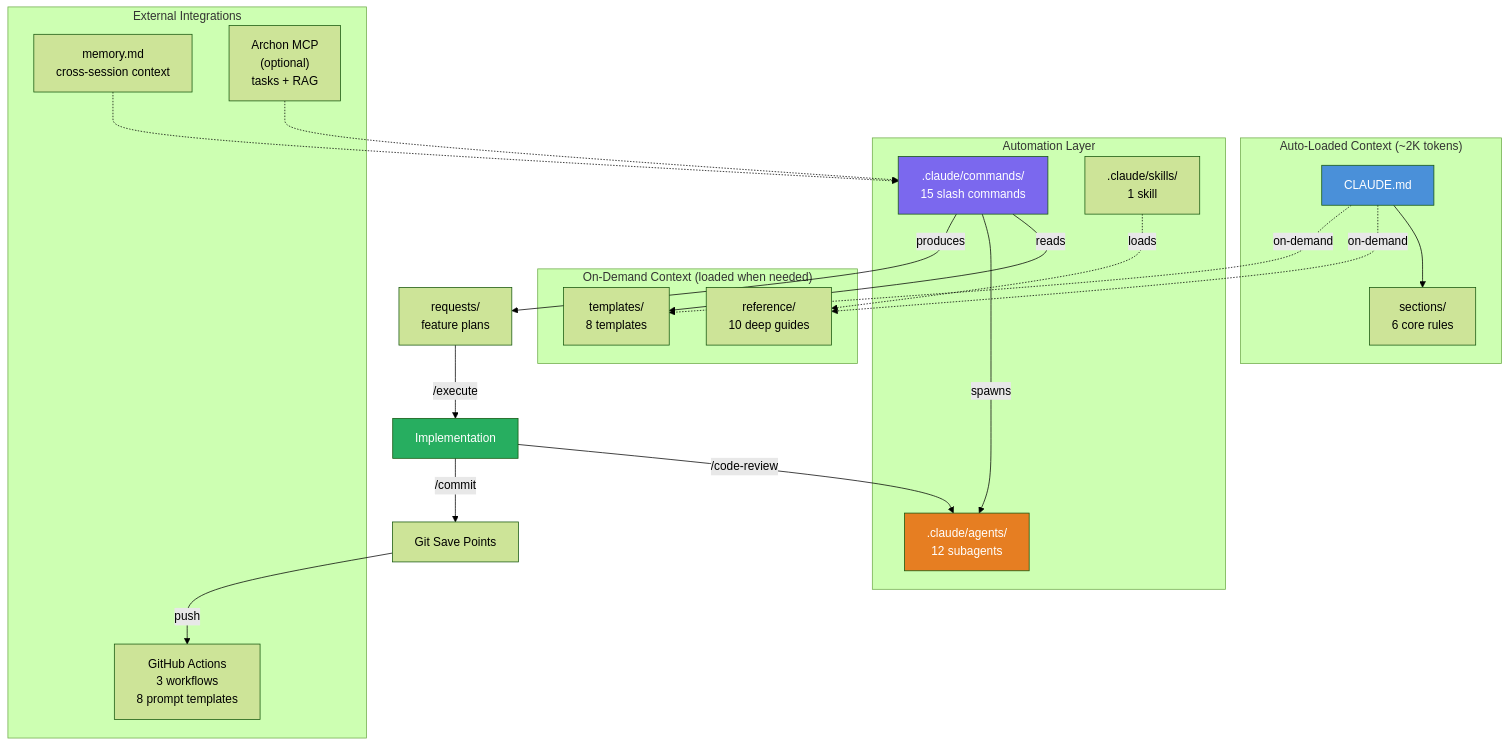
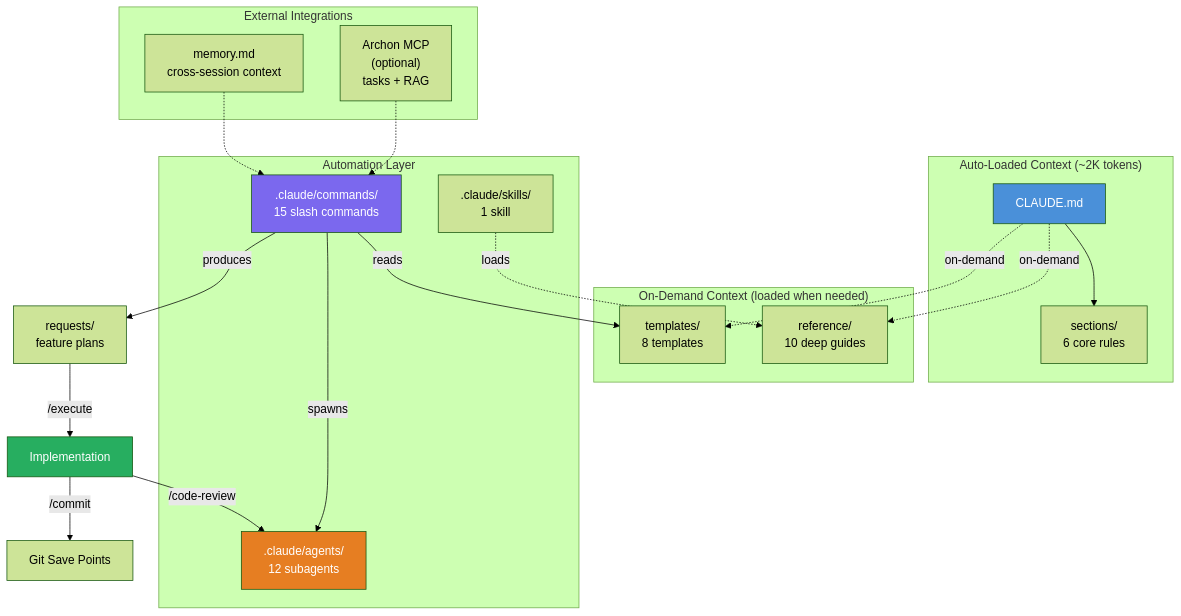
The third of 8 diagrams in README.md (ryanjosebrosas/original-coding-system-claude), drawn with Mermaid (forest theme) before and after one commit. The commit also changed other lines of this file, not shown here.

````diff
--- a/README.md
+++ b/README.md
@@ -147,41 +146,39 @@
 ```mermaid
 graph TD
     subgraph "Auto-Loaded Context (~2K tokens)"
         CLAUDE["CLAUDE.md"] --> S["sections/<br/>6 core rules"]
     end
 
     subgraph "On-Demand Context (loaded when needed)"
         R["reference/<br/>10 deep guides"]
         T["templates/<br/>8 templates"]
     end
 
     subgraph "Automation Layer"
         CMD[".claude/commands/<br/>15 slash commands"]
         AG[".claude/agents/<br/>12 subagents"]
         SK[".claude/skills/<br/>1 skill"]
     end
 
     subgraph "External Integrations"
         MEM["memory.md<br/>cross-session context"]
         ARCHON["Archon MCP<br/>(optional)<br/>tasks + RAG"]
-        GH["GitHub Actions<br/>3 workflows<br/>8 prompt templates"]
     end
 
     CLAUDE -.->|"on-demand"| R
     CLAUDE -.->|"on-demand"| T
     CMD -->|"reads"| T
     CMD -->|"spawns"| AG
     SK -.->|"loads"| R
     MEM -.-> CMD
     ARCHON -.-> CMD
     CMD -->|"produces"| REQ["requests/<br/>feature plans"]
     REQ -->|"/execute"| IMPL["Implementation"]
     IMPL -->|"/code-review"| AG
     IMPL -->|"/commit"| GIT["Git Save Points"]
-    GIT -->|"push"| GH
 
     style CLAUDE fill:#4a90d9,color:#fff
     style CMD fill:#7b68ee,color:#fff
     style AG fill:#e67e22,color:#fff
     style IMPL fill:#27ae60,color:#fff
 ```
````
